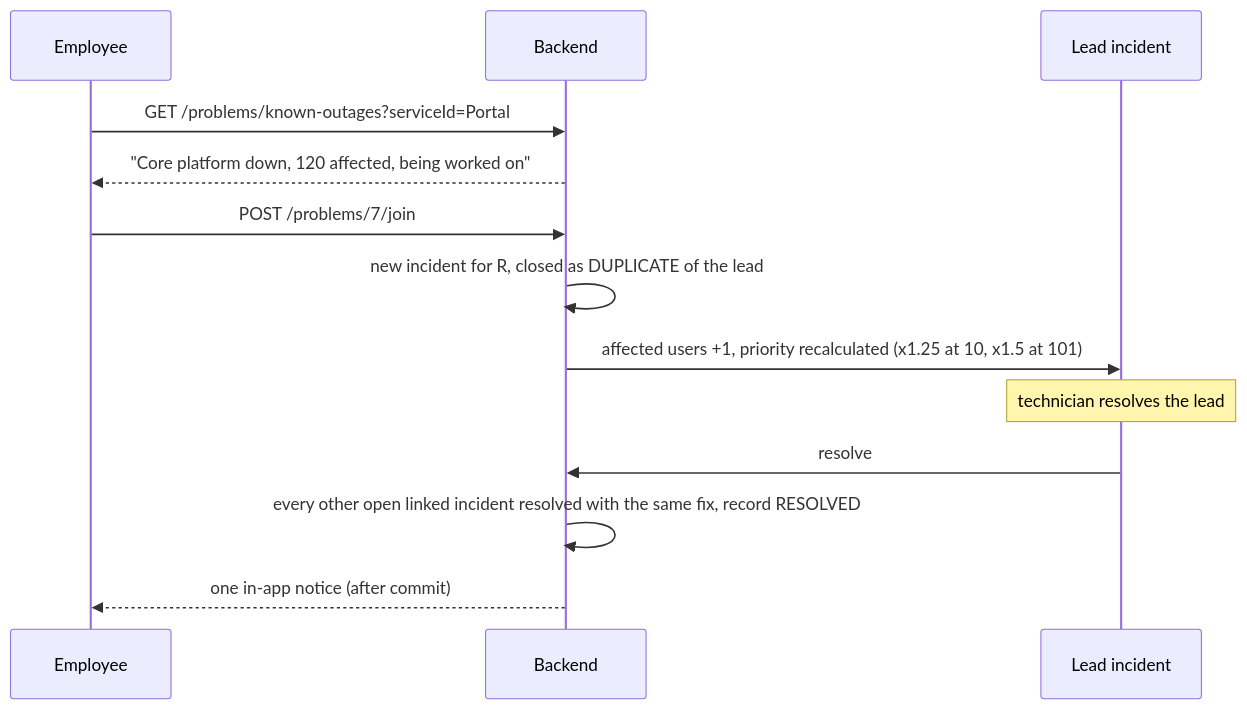
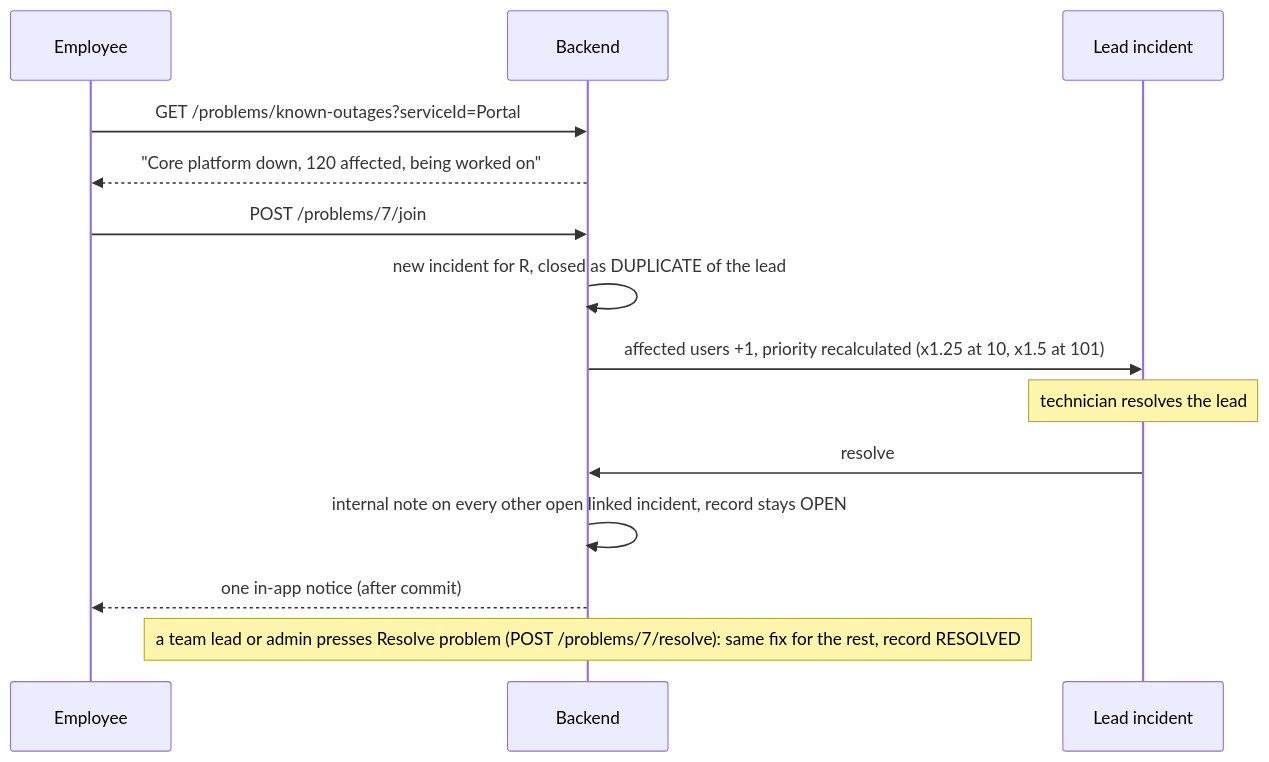
One commit to sanay7-devv/Frusk-OOPs-Project changed diagram 29 of 33 in backend/docs/SYSTEM_GUIDE.md. Above: the diagram before and after it, drawn with Mermaid. The commit also changed other lines of this file and 6 other files, not shown here.

Commit message:
M12 rest: DEC-72 changed, no automatic cascade; internal notes and Resolve whole problem for team leads; docs and smoke checks updated

````diff
--- a/backend/docs/SYSTEM_GUIDE.md
+++ b/backend/docs/SYSTEM_GUIDE.md
@@ -1730,15 +1730,16 @@
 ```mermaid
 sequenceDiagram
     participant R as Employee
     participant API as Backend
     participant L as Lead incident
     R->>API: GET /problems/known-outages?serviceId=Portal
     API-->>R: "Core platform down, 120 affected, being worked on"
     R->>API: POST /problems/7/join
     API->>API: new incident for R, closed as DUPLICATE of the lead
     API->>L: affected users +1, priority recalculated (x1.25 at 10, x1.5 at 101)
     Note over L: technician resolves the lead
     L->>API: resolve
-    API->>API: every other open linked incident resolved with the same fix, record RESOLVED
+    API->>API: internal note on every other open linked incident, record stays OPEN
     API-->>R: one in-app notice (after commit)
+    Note over API: a team lead or admin presses Resolve problem (POST /problems/7/resolve): same fix for the rest, record RESOLVED
 ```
````
